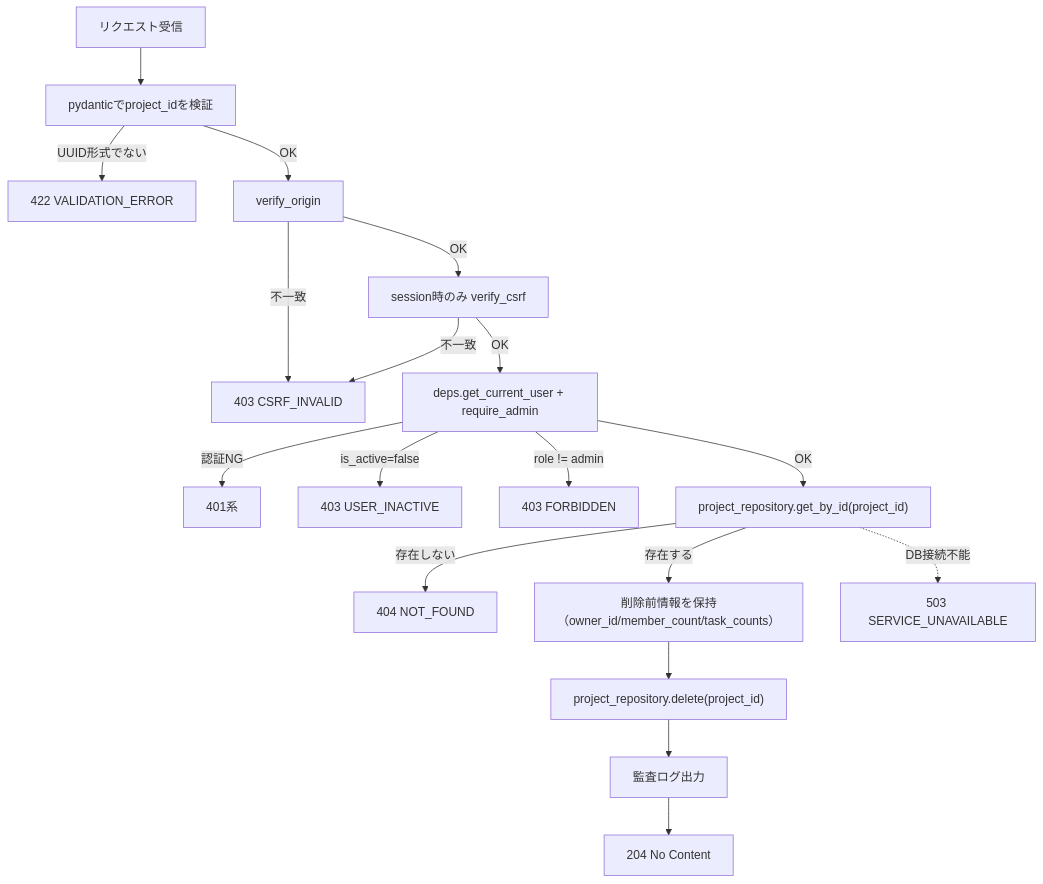
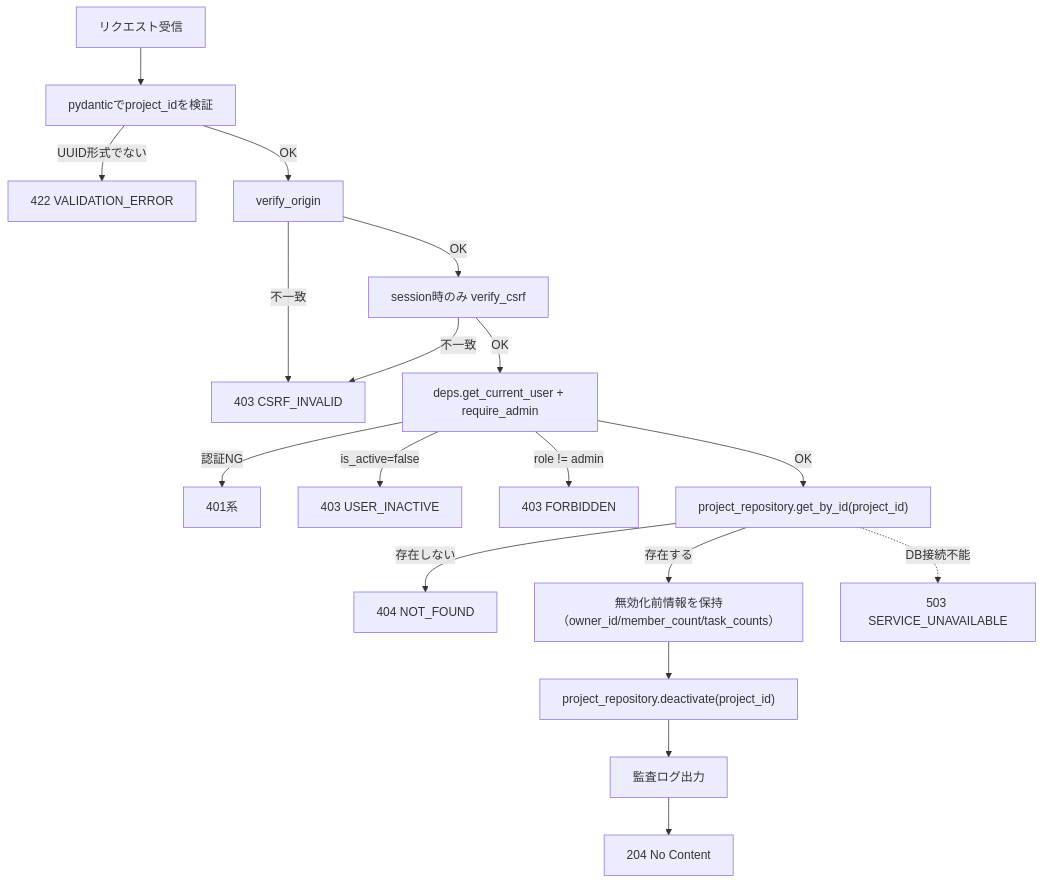
Before and after one commit to oikawa-d/task_management: the second of 4 diagrams in detailed_design/api/admin/06_delete_admin_project.md, drawn with Mermaid. The commit also changed other lines of this file and 25 other files, not shown here.

````diff
--- a/detailed_design/api/admin/06_delete_admin_project.md
+++ b/detailed_design/api/admin/06_delete_admin_project.md
@@ -118,20 +119,20 @@
 ```mermaid
 flowchart TB
     A["リクエスト受信"] --> B["pydanticでproject_idを検証"]
     B -->|"UUID形式でない"| B1["422 VALIDATION_ERROR"]
     B -->|"OK"| C["verify_origin"]
     C -->|"不一致"| C1["403 CSRF_INVALID"]
     C -->|"OK"| D["session時のみ verify_csrf"]
     D -->|"不一致"| C1
     D -->|"OK"| E["deps.get_current_user + require_admin"]
     E -->|"認証NG"| E1["401系"]
     E -->|"is_active=false"| E2["403 USER_INACTIVE"]
     E -->|"role != admin"| E3["403 FORBIDDEN"]
     E -->|"OK"| F["project_repository.get_by_id(project_id)"]
     F -->|"存在しない"| F1["404 NOT_FOUND"]
-    F -->|"存在する"| G["削除前情報を保持<br/>（owner_id/member_count/task_counts）"]
-    G --> H["project_repository.delete(project_id)"]
+    F -->|"存在する"| G["無効化前情報を保持<br/>（owner_id/member_count/task_counts）"]
+    G --> H["project_repository.deactivate(project_id)"]
     H --> I["監査ログ出力"]
     I --> J["204 No Content"]
     F -.->|"DB接続不能"| K["503 SERVICE_UNAVAILABLE"]
 ```
````
